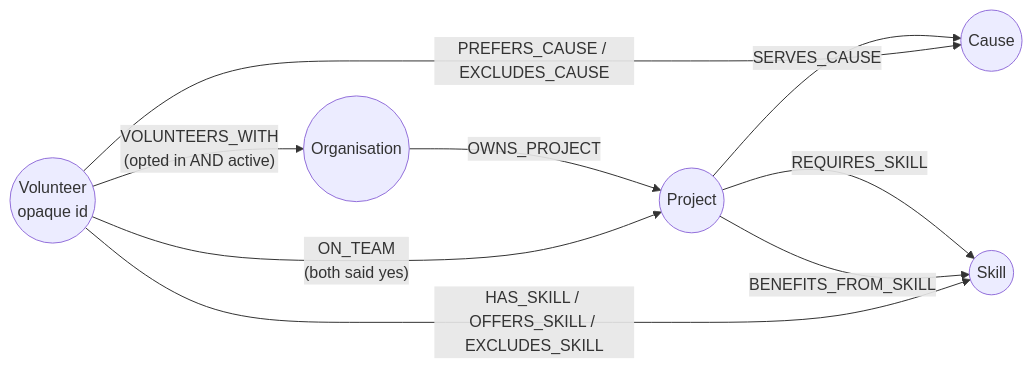
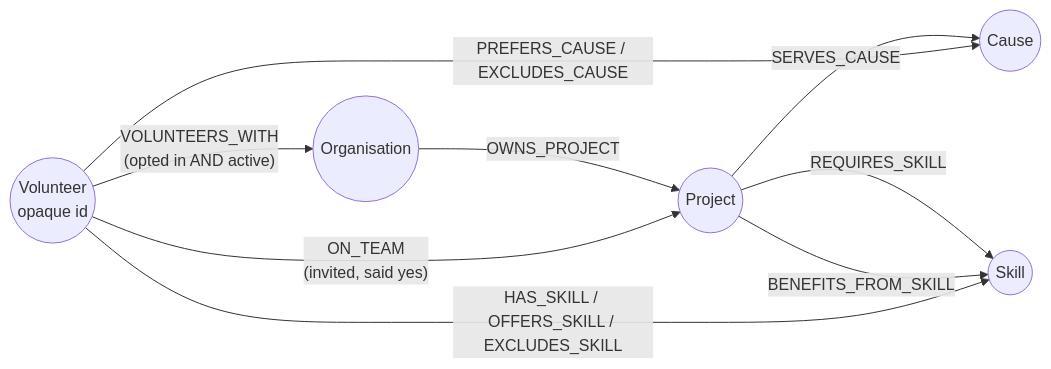
One commit to TheCyberScallywag/hackEntry changed the fourth of 12 diagrams in docs/content/project/solution-architecture.md. Above: the diagram before and after it, drawn with Mermaid. The commit also changed other lines of this file and 43 other files, not shown here.

````diff
--- a/docs/content/project/solution-architecture.md
+++ b/docs/content/project/solution-architecture.md
@@ -304,11 +309,11 @@
 ```mermaid
 flowchart LR
   O((Organisation)) -- OWNS_PROJECT --> P((Project))
   P -- SERVES_CAUSE --> C((Cause))
   P -- REQUIRES_SKILL --> S((Skill))
   P -- BENEFITS_FROM_SKILL --> S
   V((Volunteer<br/>opaque id)) -- "VOLUNTEERS_WITH<br/>(opted in AND active)" --> O
   V -- "HAS_SKILL / OFFERS_SKILL / EXCLUDES_SKILL" --> S
   V -- "PREFERS_CAUSE / EXCLUDES_CAUSE" --> C
-  V -- "ON_TEAM<br/>(both said yes)" --> P
+  V -- "ON_TEAM<br/>(invited, said yes)" --> P
 ```
````
